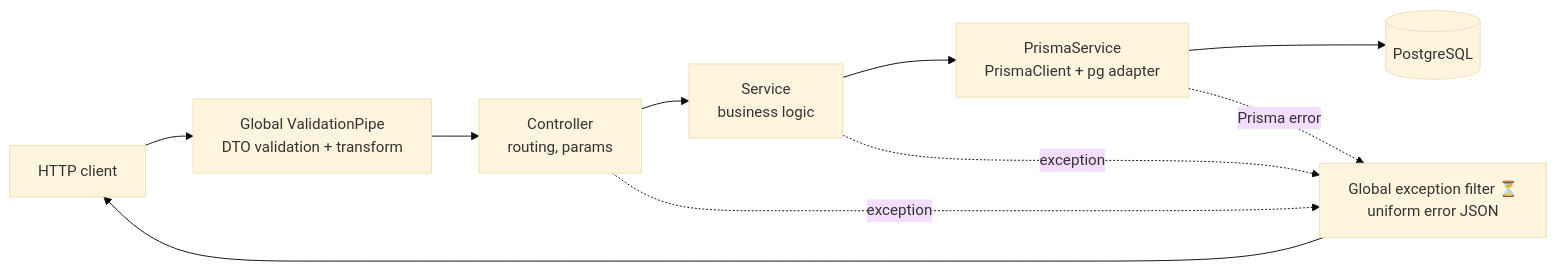
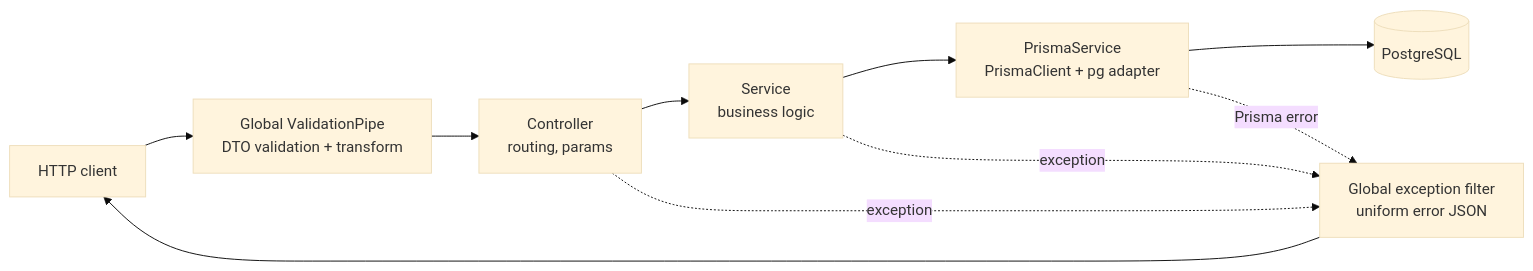
The first of 2 diagrams in docs/ARCHITECTURE.md (Jyotsna-Andel/foundation_api), drawn with Mermaid (base theme) before and after one commit. The commit also changed other lines of this file and 6 other files, not shown here.

````diff
--- a/docs/ARCHITECTURE.md
+++ b/docs/ARCHITECTURE.md
@@ -48,12 +48,12 @@
 ```mermaid
 flowchart LR
     C[HTTP client] --> VP[Global ValidationPipe<br/>DTO validation + transform]
     VP --> CT[Controller<br/>routing, params]
     CT --> SV[Service<br/>business logic]
     SV --> PS[PrismaService<br/>PrismaClient + pg adapter]
     PS --> DB[(PostgreSQL)]
-    CT -. exception .-> EF[Global exception filter ⏳<br/>uniform error JSON]
+    CT -. exception .-> EF[Global exception filter<br/>uniform error JSON]
     SV -. exception .-> EF
     PS -. Prisma error .-> EF
     EF --> C
 ```
````
